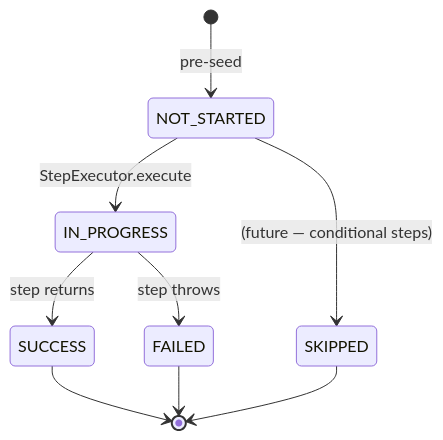
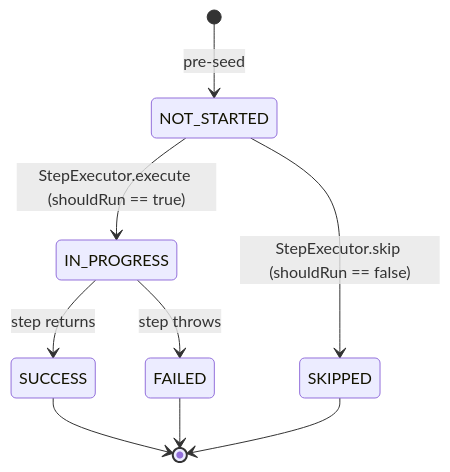
The sixth of 7 diagrams in docs/diagrams.md (bora-arch/create-org-poc), drawn with Mermaid before and after one commit. The commit also changed other lines of this file and 14 other files, not shown here.

First line of the commit message:
Add SKIPPED step status for conditional (non-applicable) steps

````diff
--- a/docs/diagrams.md
+++ b/docs/diagrams.md
@@ -232,11 +232,11 @@
 ```mermaid
 stateDiagram-v2
     [*] --> NOT_STARTED : pre-seed
-    NOT_STARTED --> IN_PROGRESS : StepExecutor.execute
+    NOT_STARTED --> IN_PROGRESS : StepExecutor.execute (shouldRun == true)
+    NOT_STARTED --> SKIPPED : StepExecutor.skip (shouldRun == false)
     IN_PROGRESS --> SUCCESS : step returns
     IN_PROGRESS --> FAILED : step throws
-    NOT_STARTED --> SKIPPED : (future — conditional steps)
     SUCCESS --> [*]
     FAILED --> [*]
     SKIPPED --> [*]
 ```
````
